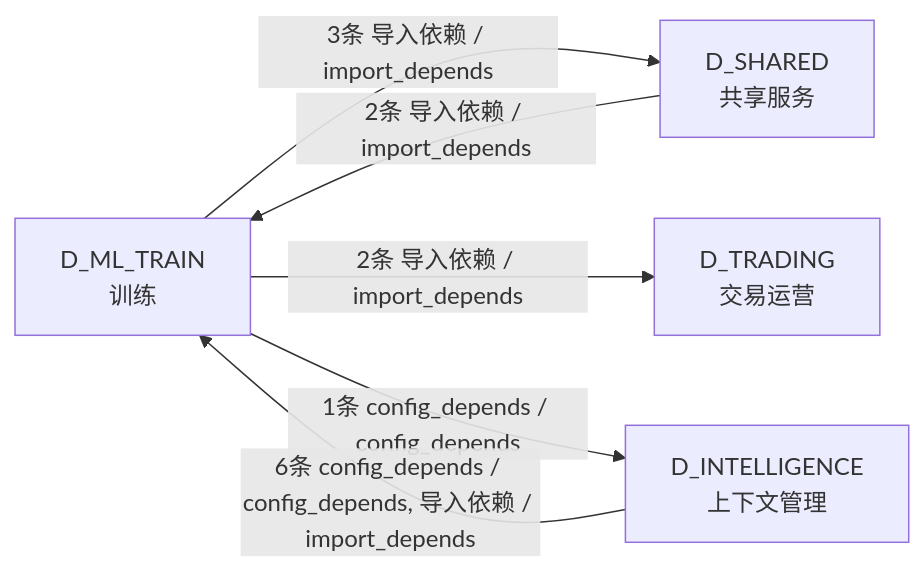
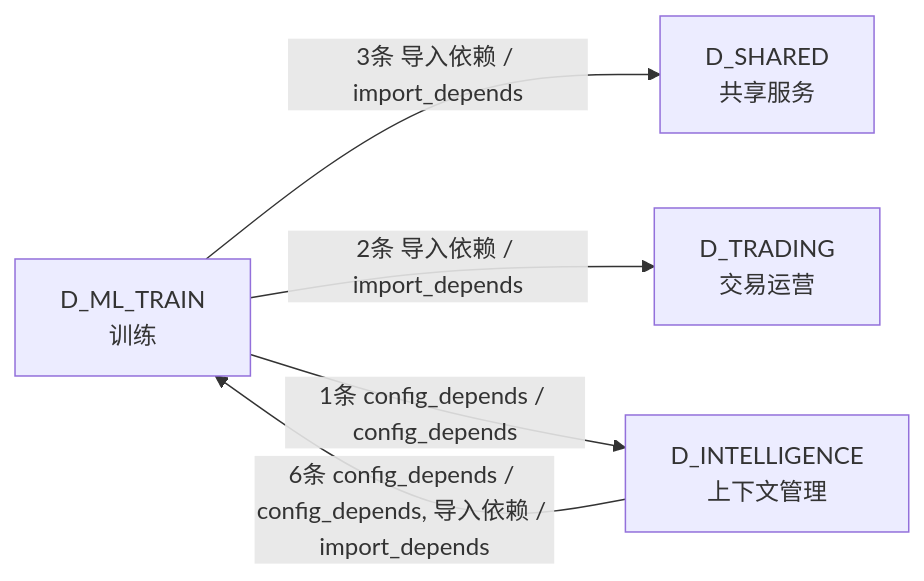
The fourth of 4 diagrams in docs/02_enterprise_architecture/02_domain_architecture_docs/50_d_ml_train.md (xuanFelixVan/ZephyrAlpha), drawn with Mermaid before and after one commit. The commit also changed other lines of this file and 126 other files, not shown here.

````diff
--- a/docs/02_enterprise_architecture/02_domain_architecture_docs/50_d_ml_train.md
+++ b/docs/02_enterprise_architecture/02_domain_architecture_docs/50_d_ml_train.md
@@ -207,12 +201,11 @@
 ```mermaid
 graph LR
     D_ML_TRAIN["D_ML_TRAIN<br/>训练"]
     D_SHARED["D_SHARED<br/>共享服务"]
     D_TRADING["D_TRADING<br/>交易运营"]
     D_INTELLIGENCE["D_INTELLIGENCE<br/>上下文管理"]
     D_ML_TRAIN -->|3条 导入依赖 / import_depends| D_SHARED
     D_ML_TRAIN -->|2条 导入依赖 / import_depends| D_TRADING
     D_ML_TRAIN -->|1条 config_depends / config_depends| D_INTELLIGENCE
     D_INTELLIGENCE -->|6条 config_depends / config_depends, 导入依赖 / import_depends| D_ML_TRAIN
-    D_SHARED -->|2条 导入依赖 / import_depends| D_ML_TRAIN
 ```
````
